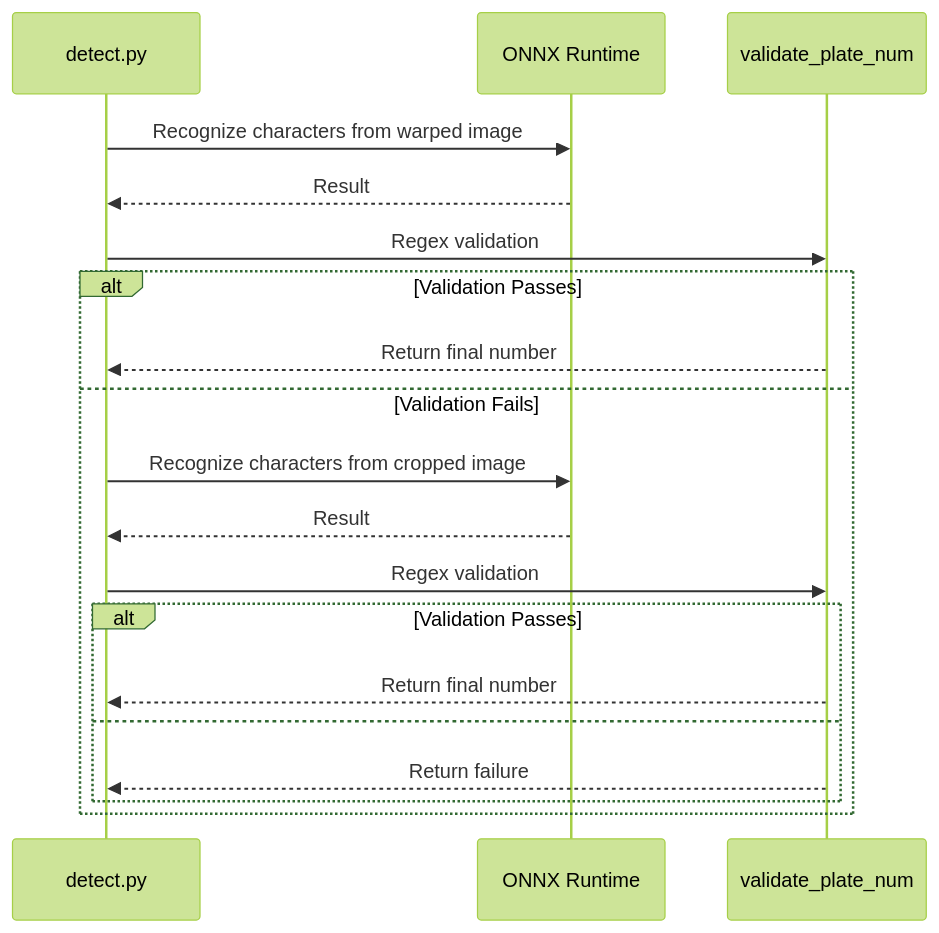
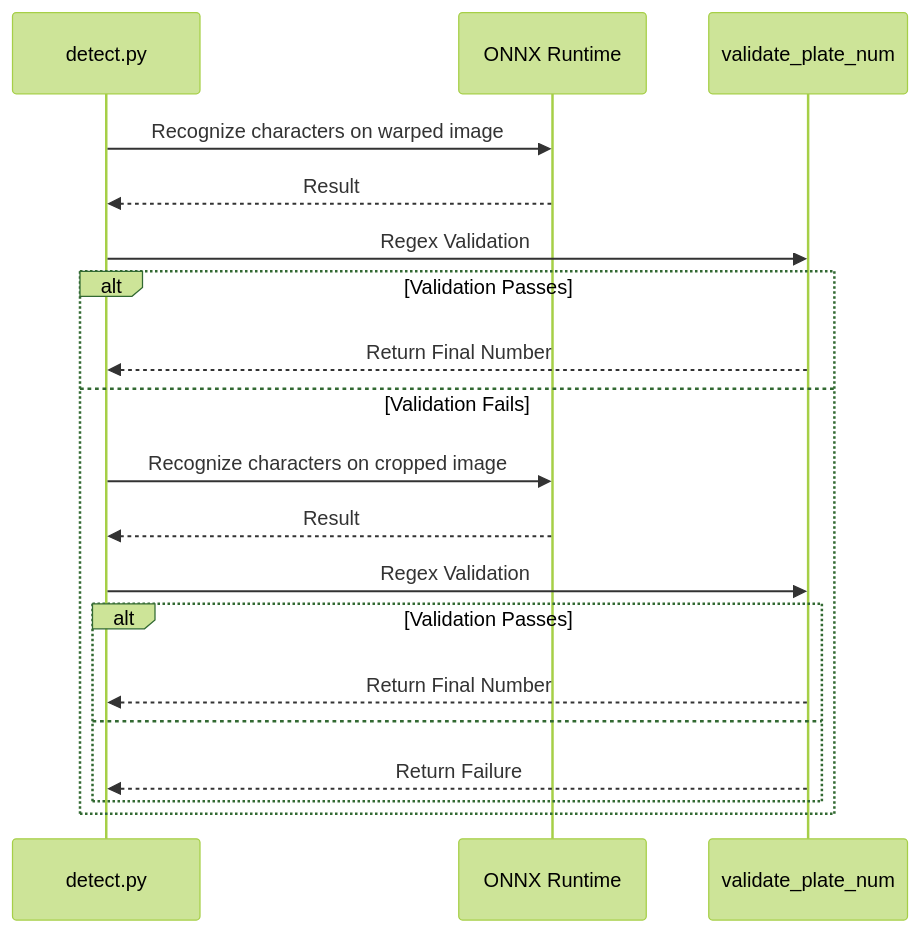
One commit to mandacode-labs/mandacode-devs changed the second of 2 diagrams in src/content/blog/en/korean-license-plate-deep-dive.md. Above: the diagram before and after it, drawn with Mermaid (forest theme). The commit also changed other lines of this file and 4 other files, not shown here.

````diff
--- a/src/content/blog/en/korean-license-plate-deep-dive.md
+++ b/src/content/blog/en/korean-license-plate-deep-dive.md
@@ -99,23 +98,23 @@
 ```mermaid
 sequenceDiagram
     participant Detect as detect.py
     participant ONNX as ONNX Runtime
     participant Validate as validate_plate_num
 
-    Detect->>ONNX: Recognize characters from warped image
+    Detect->>ONNX: Recognize characters on warped image
     ONNX-->>Detect: Result
-    Detect->>Validate: Regex validation
+    Detect->>Validate: Regex Validation
 
     alt Validation Passes
-        Validate-->>Detect: Return final number
+        Validate-->>Detect: Return Final Number
     else Validation Fails
-        Detect->>ONNX: Recognize characters from cropped image
+        Detect->>ONNX: Recognize characters on cropped image
         ONNX-->>Detect: Result
-        Detect->>Validate: Regex validation
+        Detect->>Validate: Regex Validation
         alt Validation Passes
-            Validate-->>Detect: Return final number
+            Validate-->>Detect: Return Final Number
         else
-            Validate-->>Detect: Return failure
+            Validate-->>Detect: Return Failure
         end
     end
 ```
````
